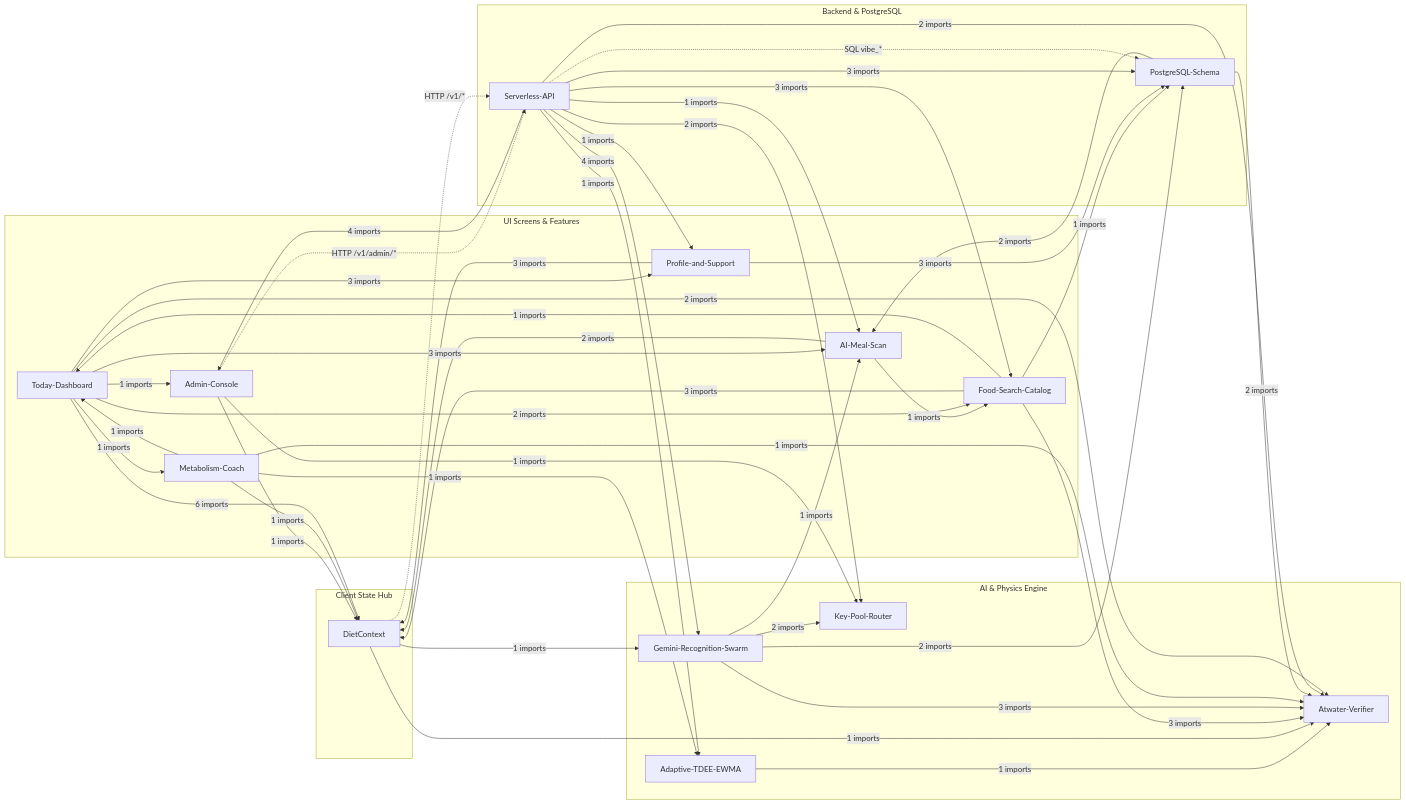
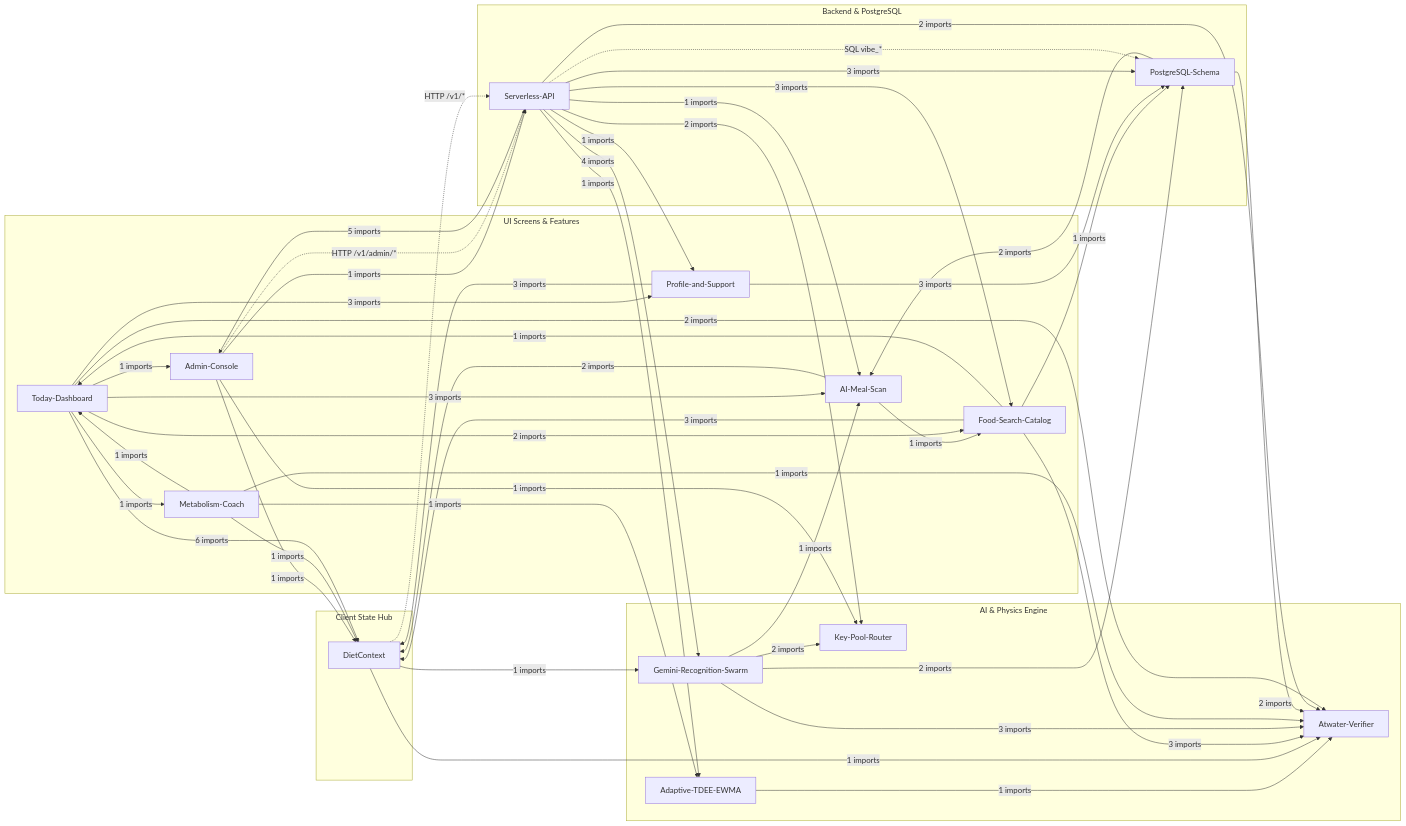
The diagram in brain/Code-Graph.md (avi249241-pixel/vibediet-private), drawn with Mermaid before and after one commit. The commit also changed other lines of this file and 19 other files, not shown here.

````diff
--- a/brain/Code-Graph.md
+++ b/brain/Code-Graph.md
@@ -11,66 +11,67 @@
 ```mermaid
 flowchart LR
   subgraph UI["UI Screens & Features"]
     Today_Dashboard["Today-Dashboard"]
     AI_Meal_Scan["AI-Meal-Scan"]
     Food_Search_Catalog["Food-Search-Catalog"]
     Metabolism_Coach["Metabolism-Coach"]
     Profile_and_Support["Profile-and-Support"]
     Admin_Console["Admin-Console"]
   end
   subgraph State["Client State Hub"]
     DietContext["DietContext"]
   end
   subgraph Engine["AI & Physics Engine"]
     Gemini_Recognition_Swarm["Gemini-Recognition-Swarm"]
     Key_Pool_Router["Key-Pool-Router"]
     Atwater_Verifier["Atwater-Verifier"]
     Adaptive_TDEE_EWMA["Adaptive-TDEE-EWMA"]
   end
   subgraph Cloud["Backend & PostgreSQL"]
     Serverless_API["Serverless-API"]
     PostgreSQL_Schema["PostgreSQL-Schema"]
   end
   Adaptive_TDEE_EWMA -->|1 imports| Atwater_Verifier
   Admin_Console -->|1 imports| DietContext
   Admin_Console -->|1 imports| Key_Pool_Router
+  Admin_Console -->|1 imports| Serverless_API
   AI_Meal_Scan -->|2 imports| DietContext
   AI_Meal_Scan -->|1 imports| Food_Search_Catalog
   DietContext -->|1 imports| Atwater_Verifier
   DietContext -->|1 imports| Gemini_Recognition_Swarm
   Food_Search_Catalog -->|3 imports| Atwater_Verifier
   Food_Search_Catalog -->|3 imports| DietContext
   Food_Search_Catalog -->|1 imports| PostgreSQL_Schema
   Food_Search_Catalog -->|1 imports| Today_Dashboard
   Gemini_Recognition_Swarm -->|1 imports| AI_Meal_Scan
   Gemini_Recognition_Swarm -->|3 imports| Atwater_Verifier
   Gemini_Recognition_Swarm -->|2 imports| Key_Pool_Router
   Gemini_Recognition_Swarm -->|2 imports| PostgreSQL_Schema
   Metabolism_Coach -->|1 imports| Adaptive_TDEE_EWMA
   Metabolism_Coach -->|1 imports| Atwater_Verifier
   Metabolism_Coach -->|1 imports| DietContext
   Metabolism_Coach -->|1 imports| Today_Dashboard
   PostgreSQL_Schema -->|2 imports| AI_Meal_Scan
   PostgreSQL_Schema -->|2 imports| Atwater_Verifier
   Profile_and_Support -->|3 imports| DietContext
   Profile_and_Support -->|3 imports| PostgreSQL_Schema
   Serverless_API -->|1 imports| Adaptive_TDEE_EWMA
-  Serverless_API -->|4 imports| Admin_Console
+  Serverless_API -->|5 imports| Admin_Console
   Serverless_API -->|1 imports| AI_Meal_Scan
   Serverless_API -->|2 imports| Atwater_Verifier
   Serverless_API -->|3 imports| Food_Search_Catalog
   Serverless_API -->|4 imports| Gemini_Recognition_Swarm
   Serverless_API -->|2 imports| Key_Pool_Router
   Serverless_API -->|3 imports| PostgreSQL_Schema
   Serverless_API -->|1 imports| Profile_and_Support
   Today_Dashboard -->|1 imports| Admin_Console
   Today_Dashboard -->|3 imports| AI_Meal_Scan
   Today_Dashboard -->|2 imports| Atwater_Verifier
   Today_Dashboard -->|6 imports| DietContext
   Today_Dashboard -->|2 imports| Food_Search_Catalog
   Today_Dashboard -->|1 imports| Metabolism_Coach
   Today_Dashboard -->|3 imports| Profile_and_Support
   DietContext -.->|"HTTP /v1/*"| Serverless_API
   Admin_Console -.->|"HTTP /v1/admin/*"| Serverless_API
   Serverless_API -.->|"SQL vibe_*"| PostgreSQL_Schema
 ```
````
